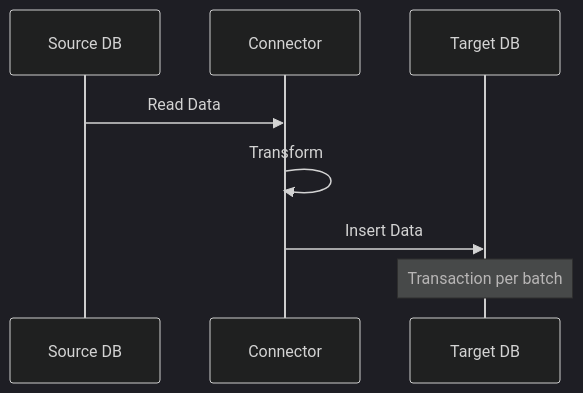
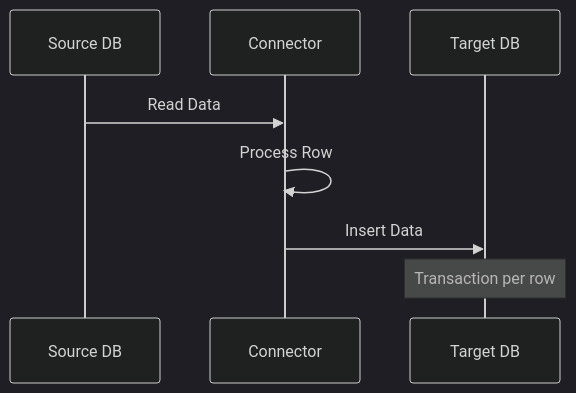
The second of 2 diagrams in db_connector/core/examples/docs/Two-Instance Data Transfer Documentation.md (QCadjunct/pydbconnect), drawn with Mermaid (dark theme) before and after one commit. The commit also changed other lines of this file and 3 other files, not shown here.

````diff
--- a/db_connector/core/examples/docs/Two-Instance Data Transfer Documentation.md
+++ b/db_connector/core/examples/docs/Two-Instance Data Transfer Documentation.md
@@ -117,10 +129,10 @@
 ```mermaid
 sequenceDiagram
     participant S as Source DB
     participant C as Connector
     participant T as Target DB
     S->>C: Read Data
-    C->>C: Transform
+    C->>C: Process Row
     C->>T: Insert Data
-    Note over T: Transaction per batch
+    Note over T: Transaction per row
 ```
````
